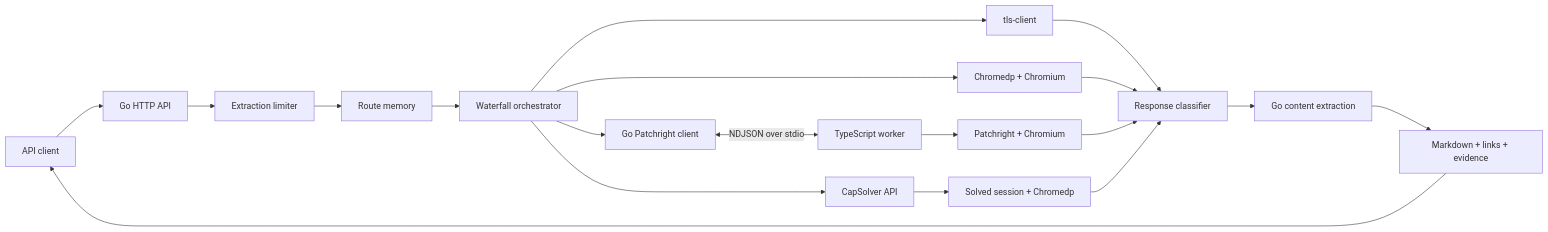
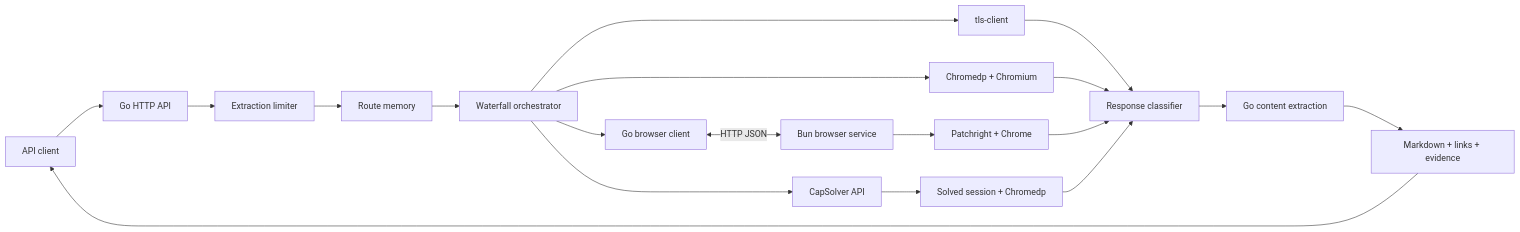
One commit to simonbalfe/pagelode changed the first of 8 diagrams in docs/architecture.md. Above: the diagram before and after it, drawn with Mermaid. The commit also changed other lines of this file and 10 other files, not shown here.

First line of the commit message:
Document the browser service architecture

````diff
--- a/docs/architecture.md
+++ b/docs/architecture.md
@@ -17,23 +17,23 @@
 ```mermaid
 flowchart LR
     Caller[API client] --> API[Go HTTP API]
     API --> Limit[Extraction limiter]
     Limit --> Route[Route memory]
     Route --> Orchestrator[Waterfall orchestrator]
 
     Orchestrator --> TLS[tls-client]
     Orchestrator --> Chromedp[Chromedp + Chromium]
-    Orchestrator --> Bridge[Go Patchright client]
-    Bridge <-->|NDJSON over stdio| Worker[TypeScript worker]
-    Worker --> Patchright[Patchright + Chromium]
+    Orchestrator --> Bridge[Go browser client]
+    Bridge <-->|HTTP JSON| Service[Bun browser service]
+    Service --> Patchright[Patchright + Chrome]
     Orchestrator --> Solver[CapSolver API]
     Solver --> SolvedBrowser[Solved session + Chromedp]
 
     TLS --> Classifier[Response classifier]
     Chromedp --> Classifier
     Patchright --> Classifier
     SolvedBrowser --> Classifier
     Classifier --> Extractor[Go content extraction]
     Extractor --> Result[Markdown + links + evidence]
     Result --> Caller
 ```
````
